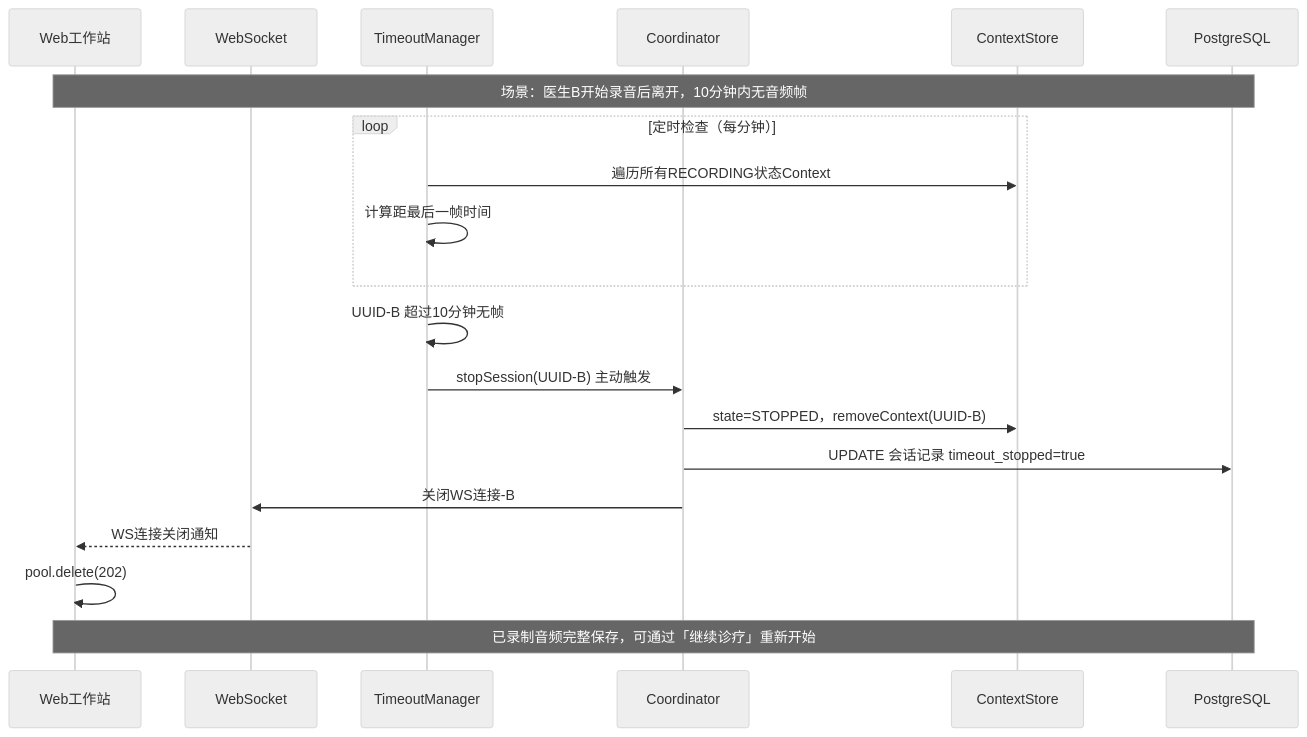
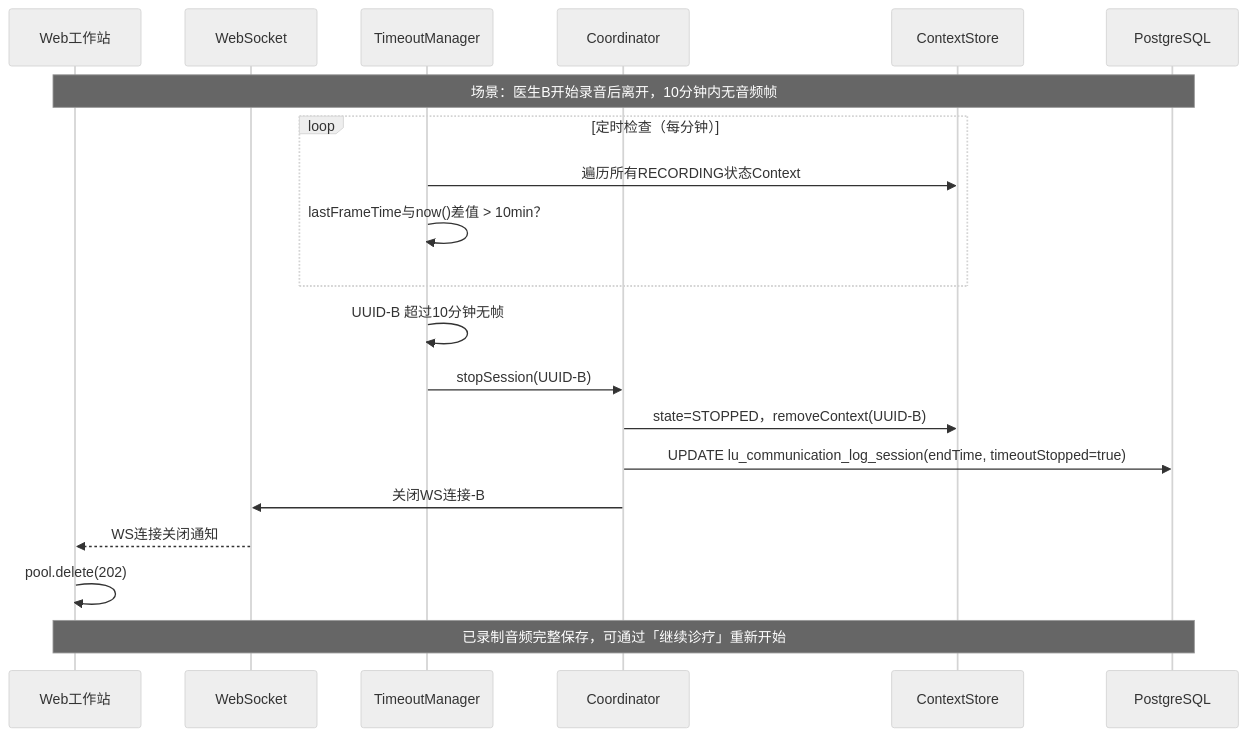
The fourth of 6 diagrams in uml/goodsop/v1.5-recording/web-recording.md (Gamehu/pictures-bed), drawn with Mermaid (neutral theme) before and after one commit. The commit also changed other lines of this file and 1 other file, not shown here.

````diff
--- a/uml/goodsop/v1.5-recording/web-recording.md
+++ b/uml/goodsop/v1.5-recording/web-recording.md
@@ -196,24 +280,24 @@
 ```mermaid
 sequenceDiagram
     participant WEB as Web工作站
     participant GW as WebSocket
     participant Timeout as TimeoutManager
     participant Coord as Coordinator
     participant Store as ContextStore
     participant DB as PostgreSQL
 
     Note over WEB,DB: 场景：医生B开始录音后离开，10分钟内无音频帧
     loop 定时检查（每分钟）
         Timeout ->> Store: 遍历所有RECORDING状态Context
-        Timeout ->> Timeout: 计算距最后一帧时间
+        Timeout ->> Timeout: lastFrameTime与now()差值 > 10min？
     end
 
     Timeout ->> Timeout: UUID-B 超过10分钟无帧
-    Timeout ->> Coord: stopSession(UUID-B) 主动触发
+    Timeout ->> Coord: stopSession(UUID-B)
     Coord ->> Store: state=STOPPED，removeContext(UUID-B)
-    Coord ->> DB: UPDATE 会话记录 timeout_stopped=true
+    Coord ->> DB: UPDATE lu_communication_log_session(endTime, timeoutStopped=true)
     Coord ->> GW: 关闭WS连接-B
     GW -->> WEB: WS连接关闭通知
     WEB ->> WEB: pool.delete(202)
     Note over WEB,DB: 已录制音频完整保存，可通过「继续诊疗」重新开始
 ```
````
